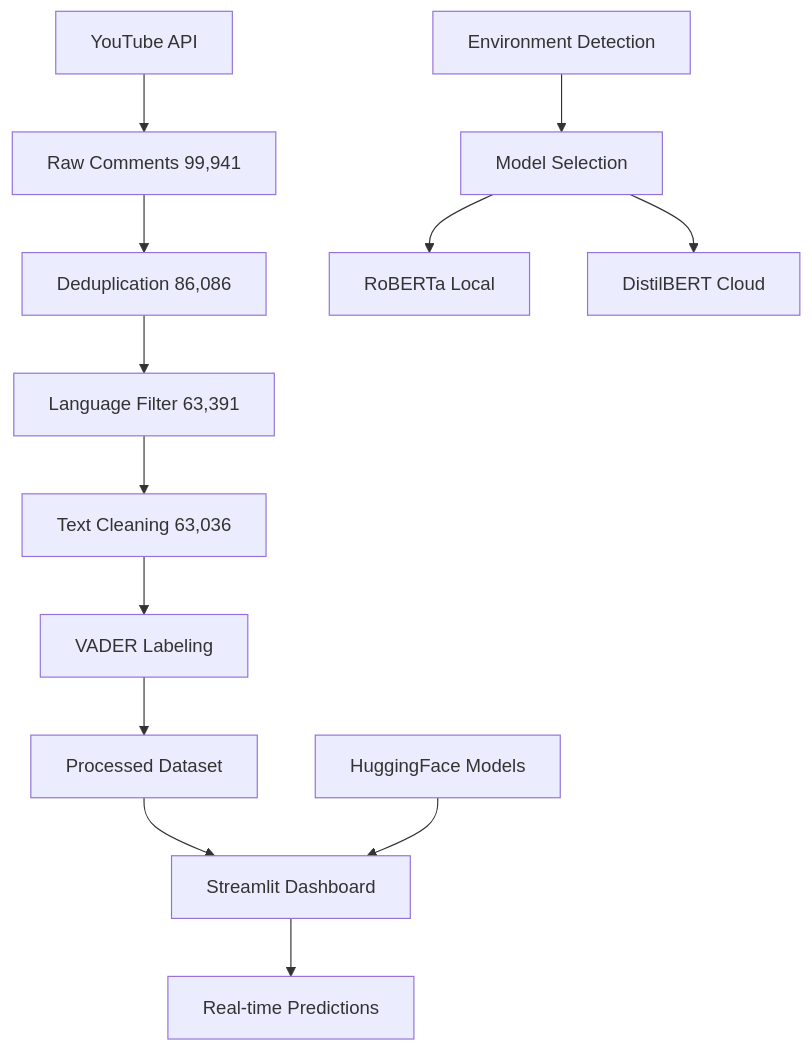
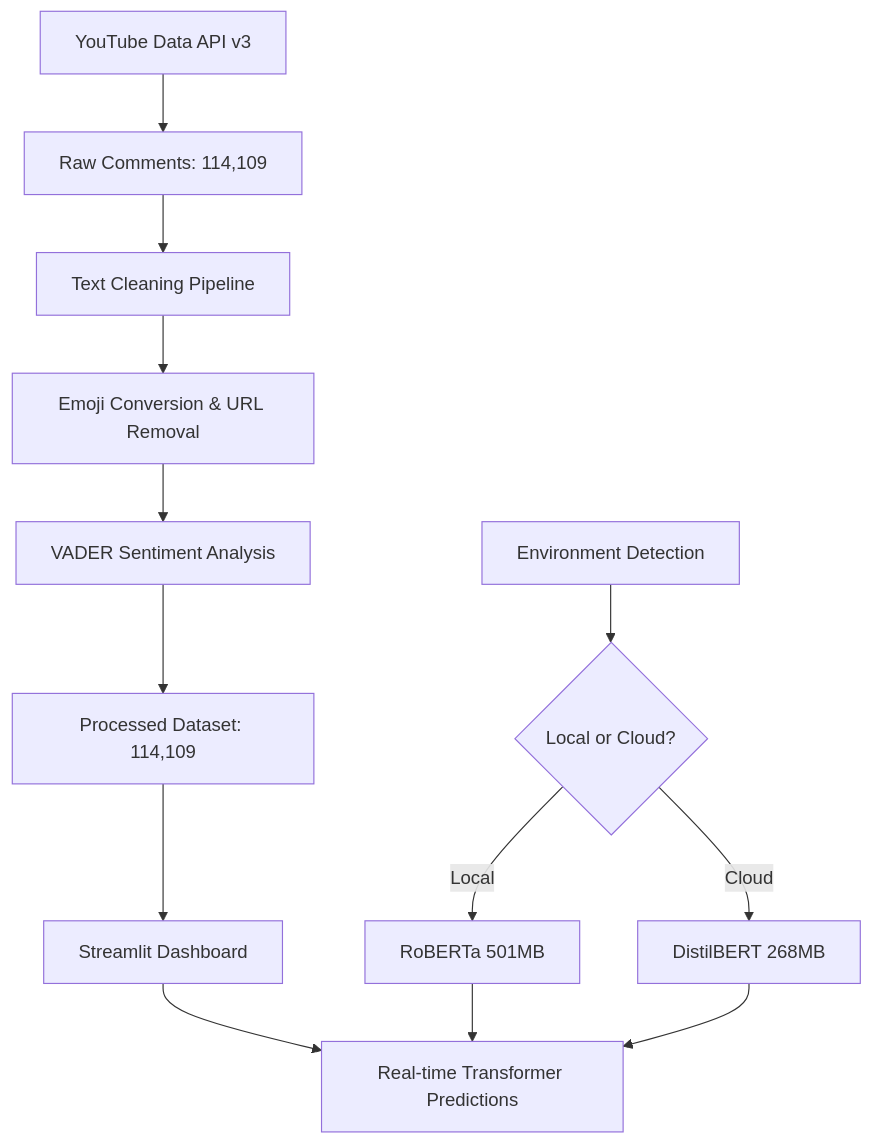
The diagram in README.md (Adredes-weslee/Sentiment-Analysis-and-NLP-for-a-Youtube-Video), drawn with Mermaid before and after one commit. The commit also changed other lines of this file, not shown here.

Commit message:
Update README.md to reflect accurate dataset size and enhance project descriptions

````diff
--- a/README.md
+++ b/README.md
@@ -39,16 +43,16 @@
 ```mermaid
 graph TD
-    A[YouTube API] --> B[Raw Comments 99,941]
-    B --> C[Deduplication 86,086]
-    C --> D[Language Filter 63,391] 
-    D --> E[Text Cleaning 63,036]
-    E --> F[VADER Labeling]
-    F --> G[Processed Dataset]
-    G --> H[Streamlit Dashboard]
-    H --> I[Real-time Predictions]
+    A[YouTube Data API v3] --> B[Raw Comments: 114,109]
+    B --> C[Text Cleaning Pipeline]
+    C --> D[Emoji Conversion & URL Removal]
+    D --> E[VADER Sentiment Analysis]
+    E --> F[Processed Dataset: 114,109]
+    F --> G[Streamlit Dashboard]
+    G --> H[Real-time Transformer Predictions]
     
-    J[HuggingFace Models] --> H
-    K[Environment Detection] --> L[Model Selection]
-    L --> M[RoBERTa Local]
-    L --> N[DistilBERT Cloud]
+    I[Environment Detection] --> J{Local or Cloud?}
+    J -->|Local| K[RoBERTa 501MB]
+    J -->|Cloud| L[DistilBERT 268MB]
+    K --> H
+    L --> H
 ```
````
